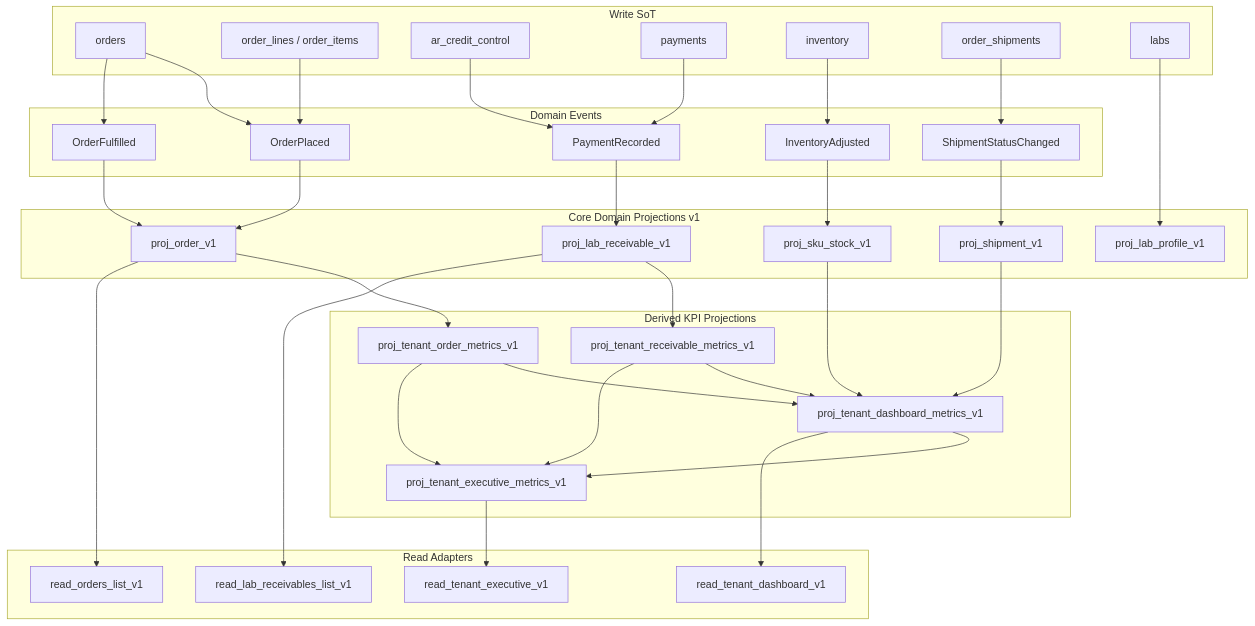
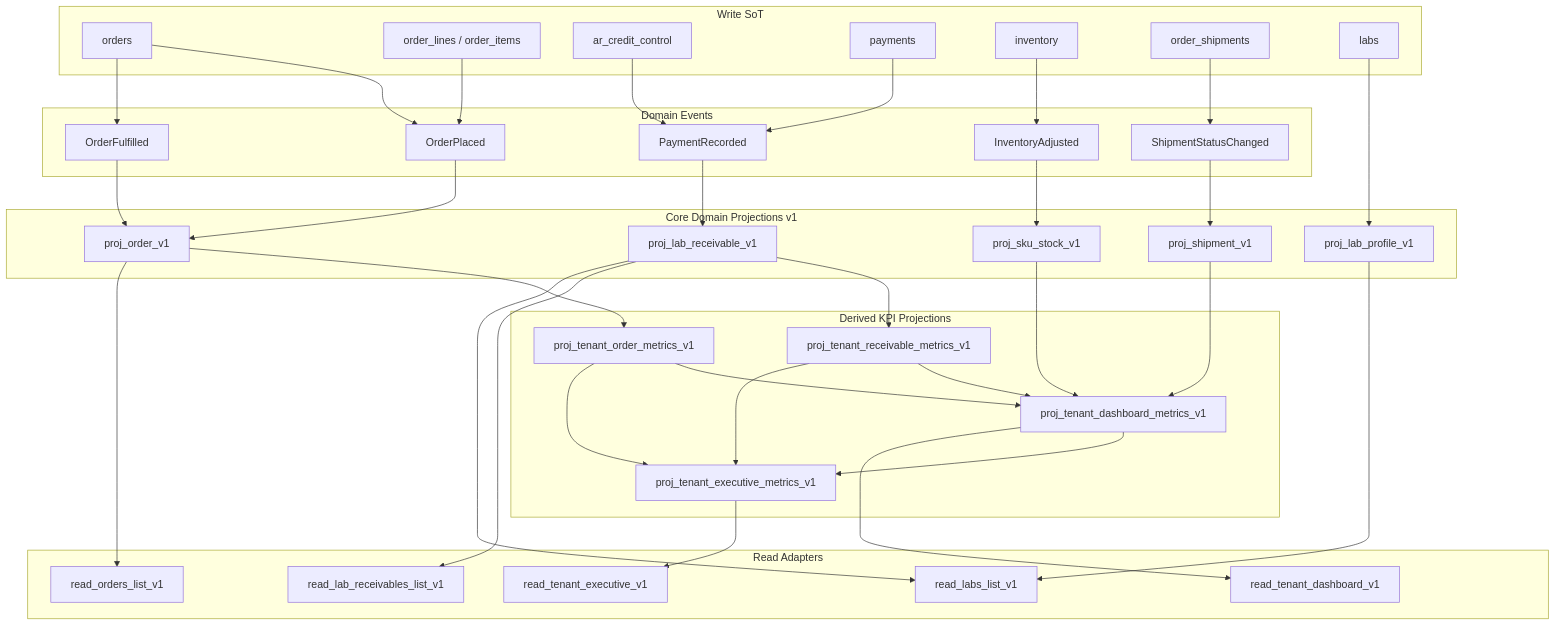
One commit to primecarediagnosticsuppliesadm-cmyk/primecare-apps-script changed the diagram in primecare-portal/docs/PrimeCare_System_Blueprint/18_Domain_Projection_Architecture.md. Above: the diagram before and after it, drawn with Mermaid. The commit also changed other lines of this file and 19 other files, not shown here.

````diff
--- a/primecare-portal/docs/PrimeCare_System_Blueprint/18_Domain_Projection_Architecture.md
+++ b/primecare-portal/docs/PrimeCare_System_Blueprint/18_Domain_Projection_Architecture.md
@@ -208,72 +208,75 @@
 ```mermaid
 flowchart TB
   subgraph SoT["Write SoT"]
     O[orders]
     OL[order_lines / order_items]
     AR[ar_credit_control]
     PAY[payments]
     INV[inventory]
     SHP[order_shipments]
     LAB[labs]
   end
 
   subgraph Events["Domain Events"]
     E1[OrderPlaced]
     E2[OrderFulfilled]
     E3[PaymentRecorded]
     E4[InventoryAdjusted]
     E5[ShipmentStatusChanged]
   end
 
   subgraph Core["Core Domain Projections v1"]
     PO[proj_order_v1]
     PLR[proj_lab_receivable_v1]
     PSS[proj_sku_stock_v1]
     PSH[proj_shipment_v1]
     PLP[proj_lab_profile_v1]
   end
 
   subgraph Derived["Derived KPI Projections"]
     POM[proj_tenant_order_metrics_v1]
     PRM[proj_tenant_receivable_metrics_v1]
     PDM[proj_tenant_dashboard_metrics_v1]
     PEM[proj_tenant_executive_metrics_v1]
   end
 
   subgraph Adapters["Read Adapters"]
     R1[read_orders_list_v1]
     R2[read_lab_receivables_list_v1]
-    R3[read_tenant_dashboard_v1]
-    R4[read_tenant_executive_v1]
+    R3[read_labs_list_v1]
+    R4[read_tenant_dashboard_v1]
+    R5[read_tenant_executive_v1]
   end
 
   O --> E1
   OL --> E1
   O --> E2
   AR --> E3
   PAY --> E3
   INV --> E4
   SHP --> E5
 
   E1 --> PO
   E2 --> PO
   E3 --> PLR
   E4 --> PSS
   E5 --> PSH
   LAB --> PLP
 
   PO --> POM
   PLR --> PRM
   POM --> PDM
   PRM --> PDM
   PSS --> PDM
   PSH --> PDM
   PDM --> PEM
   POM --> PEM
   PRM --> PEM
 
   PO --> R1
   PLR --> R2
-  PDM --> R3
-  PEM --> R4
+  PLP --> R3
+  PLR --> R3
+  PDM --> R4
+  PEM --> R5
 ```
````
